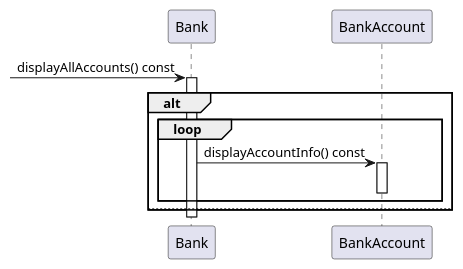
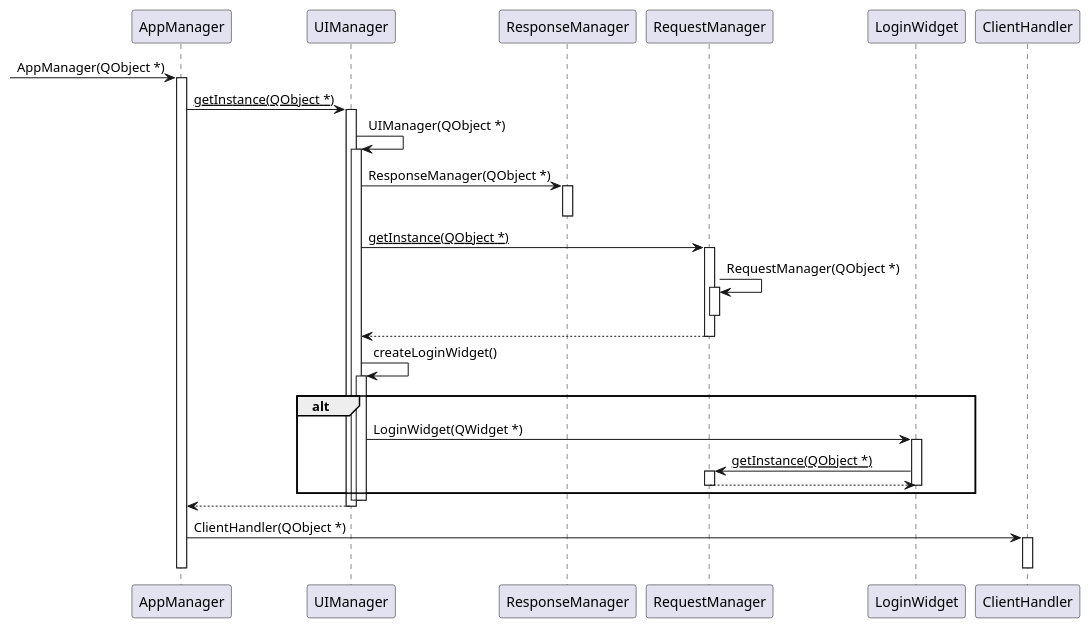
Before and after one commit to 7osssam/QT-Banking-System-Client: the diagram in docs/diagrams/sequence_diagram.puml, drawn with PlantUML. The commit also changed 11 other files, not shown here.

Commit message:
update system diagrams

```diff
--- a/docs/diagrams/sequence_diagram.puml
+++ b/docs/diagrams/sequence_diagram.puml
@@ -1,18 +1,46 @@
 @startuml
-participant "Bank" as C_0013925658533498293399
-[-> C_0013925658533498293399 : displayAllAccounts() const
-activate C_0013925658533498293399
+participant "AppManager" as C_0004125011841911275123
+[-> C_0004125011841911275123 : AppManager(QObject *)
+activate C_0004125011841911275123
+participant "UIManager" as C_0004909201866089141242
+C_0004125011841911275123 -> C_0004909201866089141242 : __getInstance(QObject *)__
+activate C_0004909201866089141242
+C_0004909201866089141242 -> C_0004909201866089141242 : UIManager(QObject *)
+activate C_0004909201866089141242
+participant "ResponseManager" as C_0000524940392191554637
+C_0004909201866089141242 -> C_0000524940392191554637 : ResponseManager(QObject *)
+activate C_0000524940392191554637
+deactivate C_0000524940392191554637
+participant "RequestManager" as C_0017581648629732253705
+C_0004909201866089141242 -> C_0017581648629732253705 : __getInstance(QObject *)__
+activate C_0017581648629732253705
+C_0017581648629732253705 -> C_0017581648629732253705 : RequestManager(QObject *)
+activate C_0017581648629732253705
+deactivate C_0017581648629732253705
+C_0017581648629732253705 --> C_0004909201866089141242
+deactivate C_0017581648629732253705
+C_0004909201866089141242 -> C_0004909201866089141242 : createLoginWidget()
+activate C_0004909201866089141242
 alt
-loop
-participant "BankAccount" as C_0009984192897324832466
-C_0013925658533498293399 -> C_0009984192897324832466 : displayAccountInfo() const
-activate C_0009984192897324832466
-deactivate C_0009984192897324832466
+participant "LoginWidget" as C_0009314656593254540318
+C_0004909201866089141242 -> C_0009314656593254540318 : LoginWidget(QWidget *)
+activate C_0009314656593254540318
+C_0009314656593254540318 -> C_0017581648629732253705 : __getInstance(QObject *)__
+activate C_0017581648629732253705
+C_0017581648629732253705 --> C_0009314656593254540318
+deactivate C_0017581648629732253705
+deactivate C_0009314656593254540318
 end
-else
-end
-deactivate C_0013925658533498293399
+deactivate C_0004909201866089141242
+deactivate C_0004909201866089141242
+C_0004909201866089141242 --> C_0004125011841911275123
+deactivate C_0004909201866089141242
+participant "ClientHandler" as C_0003891570225386253038
+C_0004125011841911275123 -> C_0003891570225386253038 : ClientHandler(QObject *)
+activate C_0003891570225386253038
+deactivate C_0003891570225386253038
+deactivate C_0004125011841911275123
 
 'Generated with clang-uml, version 0.5.3
 'LLVM version clang version 18.1.1 (https://github.com/llvm/llvm-project.git dba2a75e9c7ef81fe84774ba5eee5e67e01d801a)
 @enduml
```
